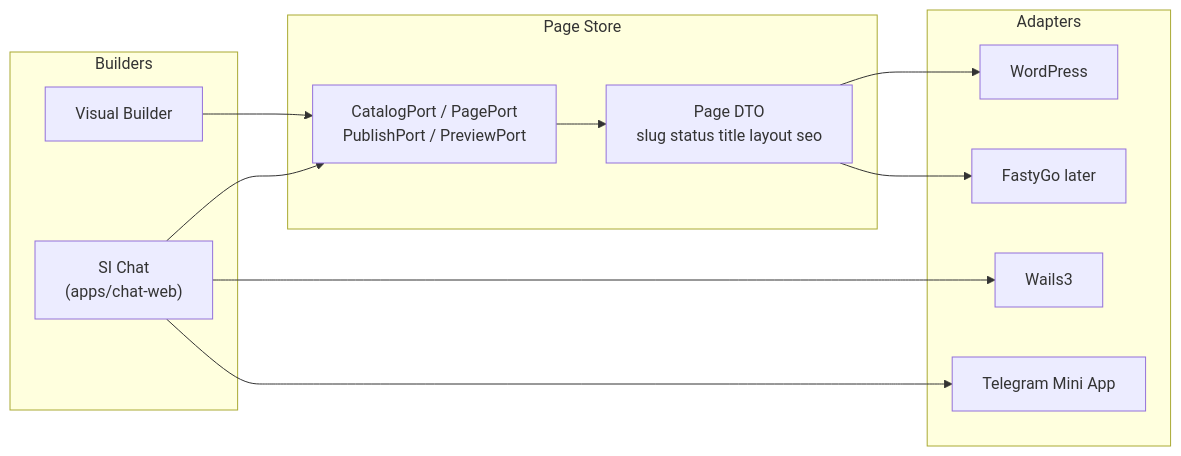
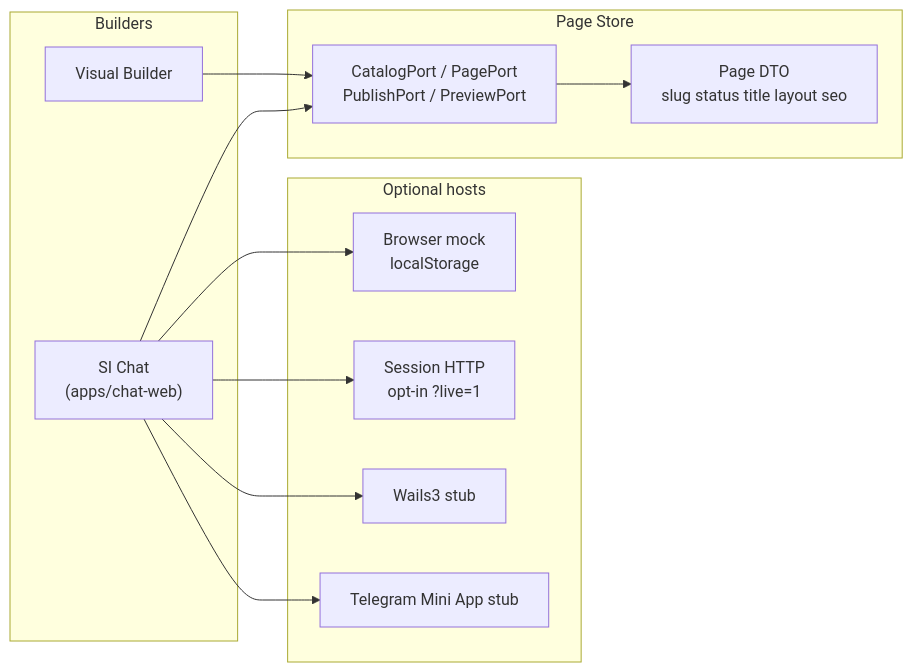
The diagram in docs/architecture.md (buildytech/chat), drawn with Mermaid before and after one commit. The commit also changed other lines of this file and 62 other files, not shown here.

First line of the commit message:
Remove WordPress runtime from the browser-first Creator baseline.

````diff
--- a/docs/architecture.md
+++ b/docs/architecture.md
@@ -7,27 +7,27 @@
 ```mermaid
 flowchart LR
   subgraph builders [Builders]
     Visual["Visual Builder"]
     Chat["SI Chat\n(apps/chat-web)"]
   end
 
   subgraph store [Page Store]
     DTO["Page DTO\nslug status title layout seo"]
     Ports["CatalogPort / PagePort\nPublishPort / PreviewPort"]
   end
 
-  subgraph adapters [Adapters]
-    WP["WordPress"]
-    FG["FastyGo later"]
-    Wails["Wails3"]
-    TG["Telegram Mini App"]
+  subgraph hosts [Optional hosts]
+    Mock["Browser mock\nlocalStorage"]
+    Session["Session HTTP\nopt-in ?live=1"]
+    Wails["Wails3 stub"]
+    TG["Telegram Mini App stub"]
   end
 
   Visual --> Ports
   Chat --> Ports
   Ports --> DTO
-  DTO --> WP
-  DTO --> FG
+  Chat --> Mock
+  Chat --> Session
   Chat --> Wails
   Chat --> TG
 ```
````
